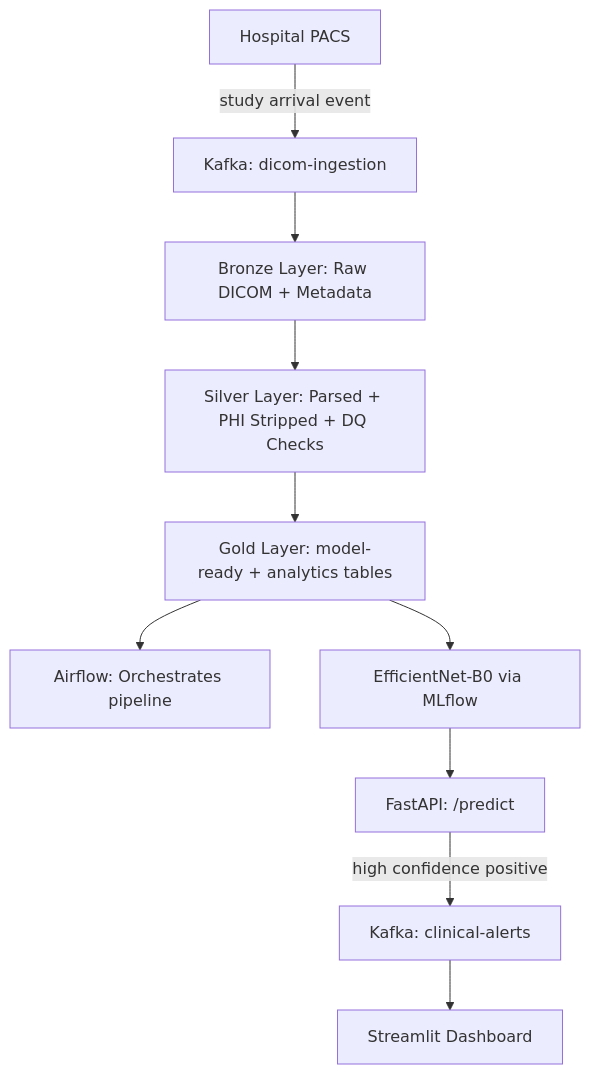
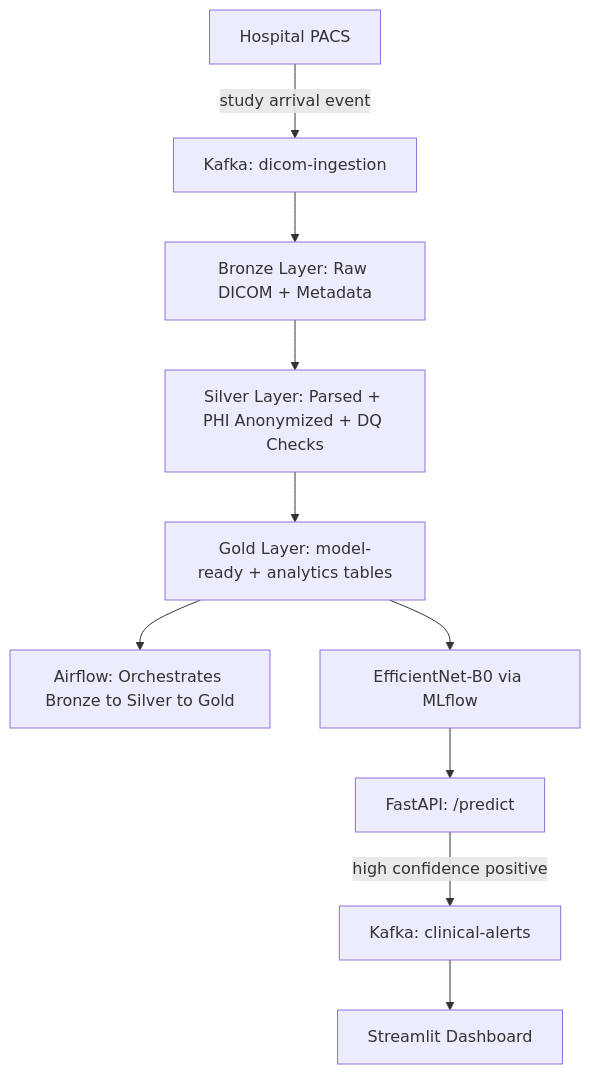
The diagram in README.md (anjanareddy7/medical-imaging-lakehouse), drawn with Mermaid before and after one commit. The commit also changed other lines of this file, not shown here.

Commit message:
docs: finalize README with complete architecture, setup, and dashboard sections

````diff
--- a/README.md
+++ b/README.md
@@ -7,12 +7,12 @@
 ```mermaid
 graph TD
     A[Hospital PACS] -->|study arrival event| B[Kafka: dicom-ingestion]
     B --> C[Bronze Layer: Raw DICOM + Metadata]
-    C --> D[Silver Layer: Parsed + PHI Stripped + DQ Checks]
+    C --> D[Silver Layer: Parsed + PHI Anonymized + DQ Checks]
     D --> E[Gold Layer: model-ready + analytics tables]
-    E --> F[Airflow: Orchestrates pipeline]
+    E --> F[Airflow: Orchestrates Bronze to Silver to Gold]
     E --> G[EfficientNet-B0 via MLflow]
     G --> H[FastAPI: /predict]
     H -->|high confidence positive| I[Kafka: clinical-alerts]
     I --> J[Streamlit Dashboard]
 ```
````
